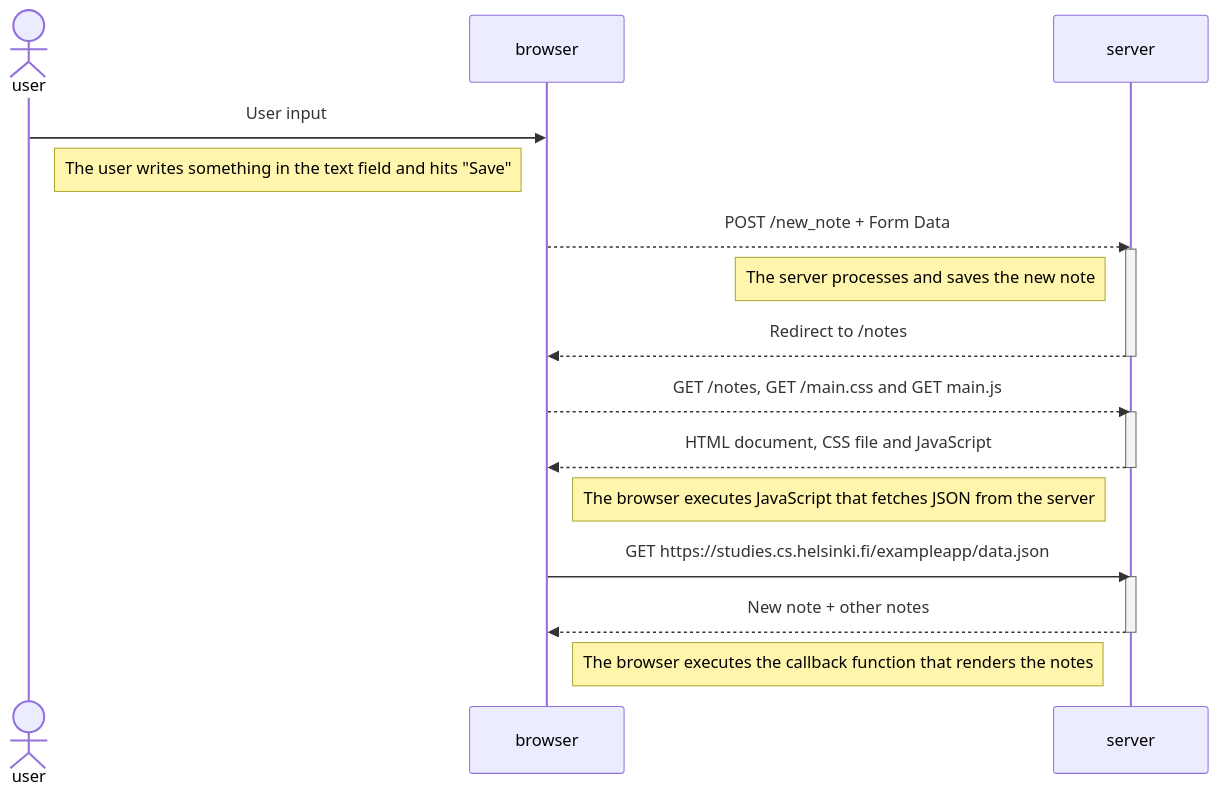
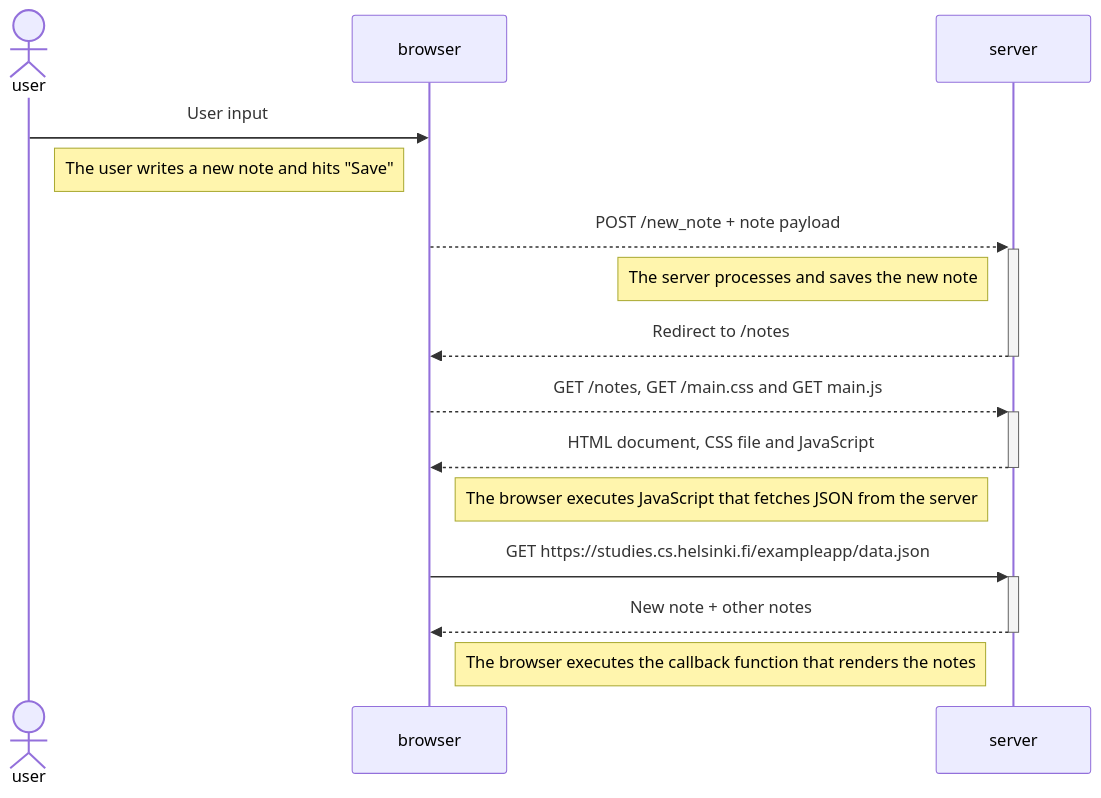
Before and after one commit to jv-soares/fullstack_open_exercises: the diagram in part0/new_note_diagram.md, drawn with Mermaid.

Commit message:
refactor new note diagram

````diff
--- a/part0/new_note_diagram.md
+++ b/part0/new_note_diagram.md
@@ -1,31 +1,25 @@
 ```mermaid
 sequenceDiagram
     actor user
     participant browser
     participant server
 
     user->>browser: User input
-    Note right of user: The user writes something in the text field and hits "Save"
+    Note right of user: The user writes a new note and hits "Save"
 
-    browser-->>server: POST /new_note + Form Data
-    activate server
+    browser-->>+server: POST /new_note + note payload
 
     Note left of server: The server processes and saves the new note
 
-    server-->>browser: Redirect to /notes
-    deactivate server
+    server-->>-browser: Redirect to /notes
 
-    browser-->>server: GET /notes, GET /main.css and GET main.js
-    activate server
-    server-->>browser: HTML document, CSS file and JavaScript
-    deactivate server
+    browser-->>+server: GET /notes, GET /main.css and GET main.js
+    server-->>-browser: HTML document, CSS file and JavaScript
 
     Note right of browser: The browser executes JavaScript that fetches JSON from the server
 
-    browser->>server: GET https://studies.cs.helsinki.fi/exampleapp/data.json
-    activate server
-    server-->>browser: New note + other notes
-    deactivate server
+    browser->>+server: GET https://studies.cs.helsinki.fi/exampleapp/data.json
+    server-->>-browser: New note + other notes
 
     Note right of browser: The browser executes the callback function that renders the notes
 ```
````
